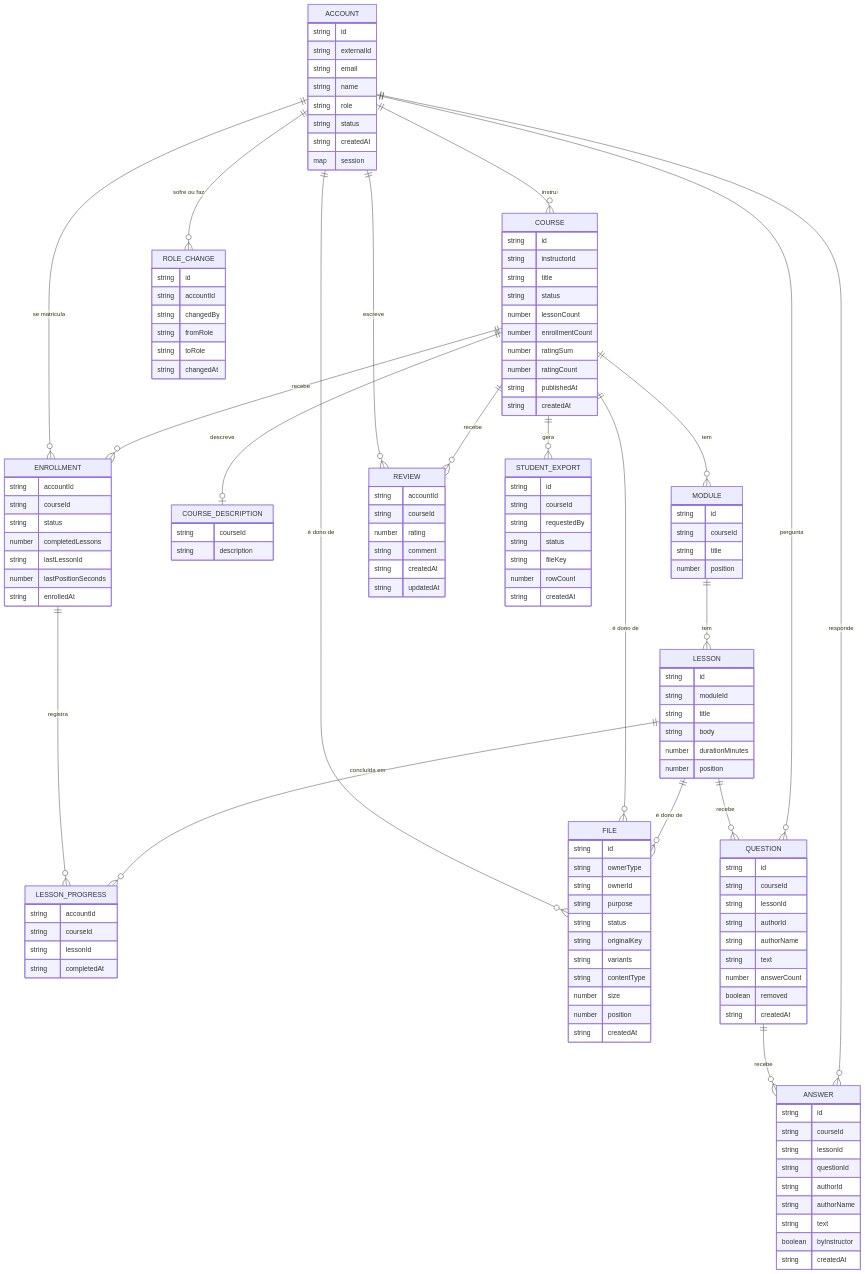
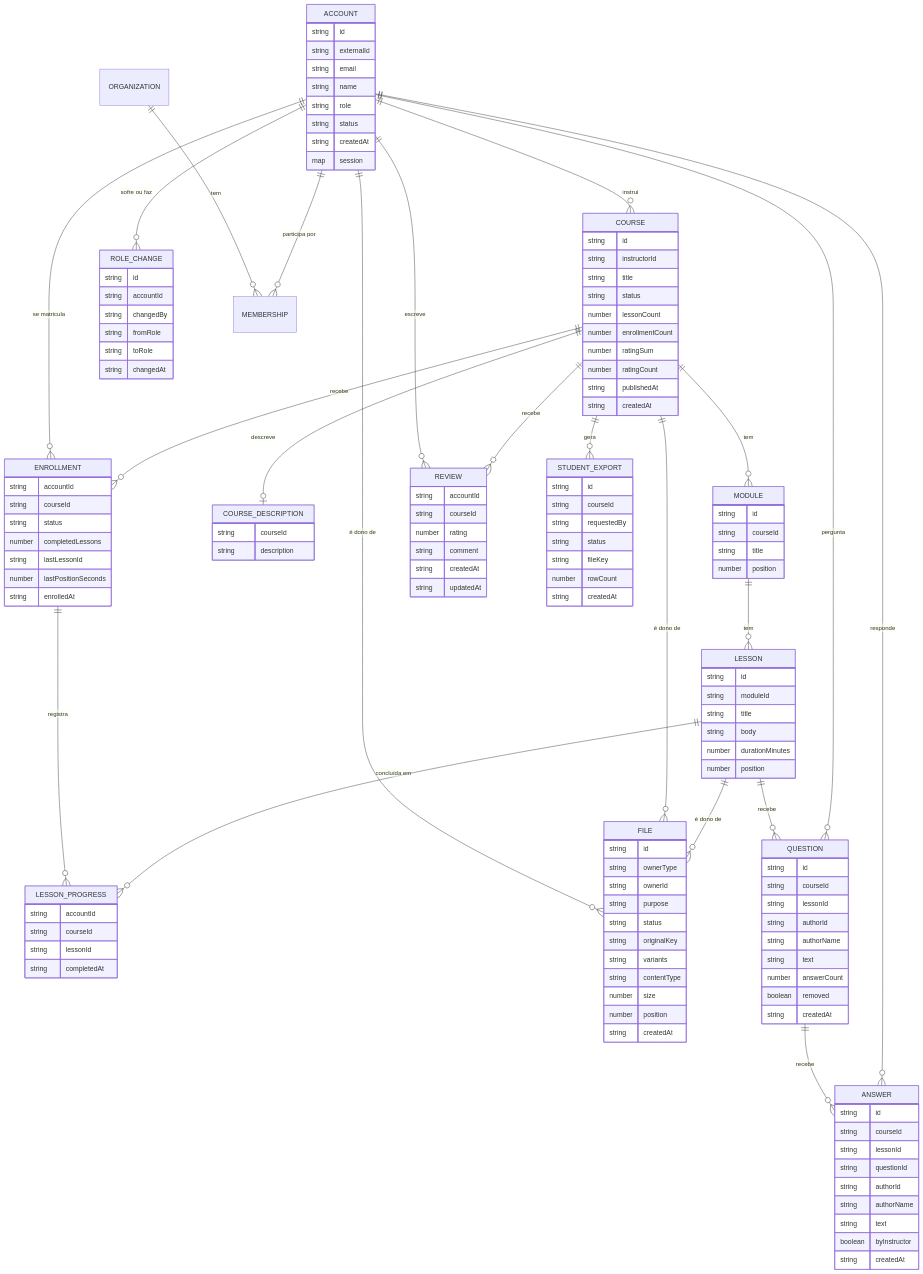
Before and after one commit to joaosoarees/coursary-api: the diagram in docs/data-model.md, drawn with Mermaid. The commit also changed other lines of this file, not shown here.

```diff
--- a/docs/data-model.md
+++ b/docs/data-model.md
@@ -28,6 +28,8 @@
   LESSON ||--o{ QUESTION : recebe
   QUESTION ||--o{ ANSWER : recebe
   ACCOUNT ||--o{ QUESTION : pergunta
+  ORGANIZATION ||--o{ MEMBERSHIP : tem
+  ACCOUNT ||--o{ MEMBERSHIP : "participa por"
   ACCOUNT ||--o{ ANSWER : responde
 
   ACCOUNT {
```
